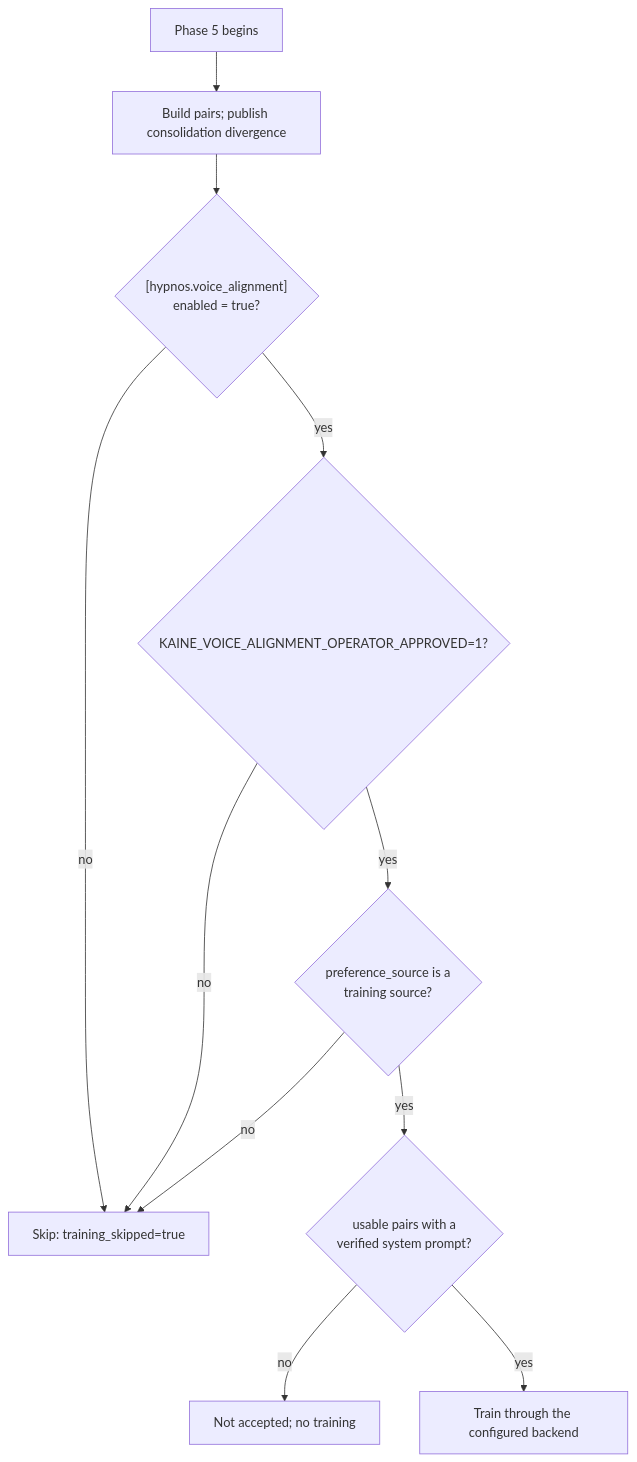
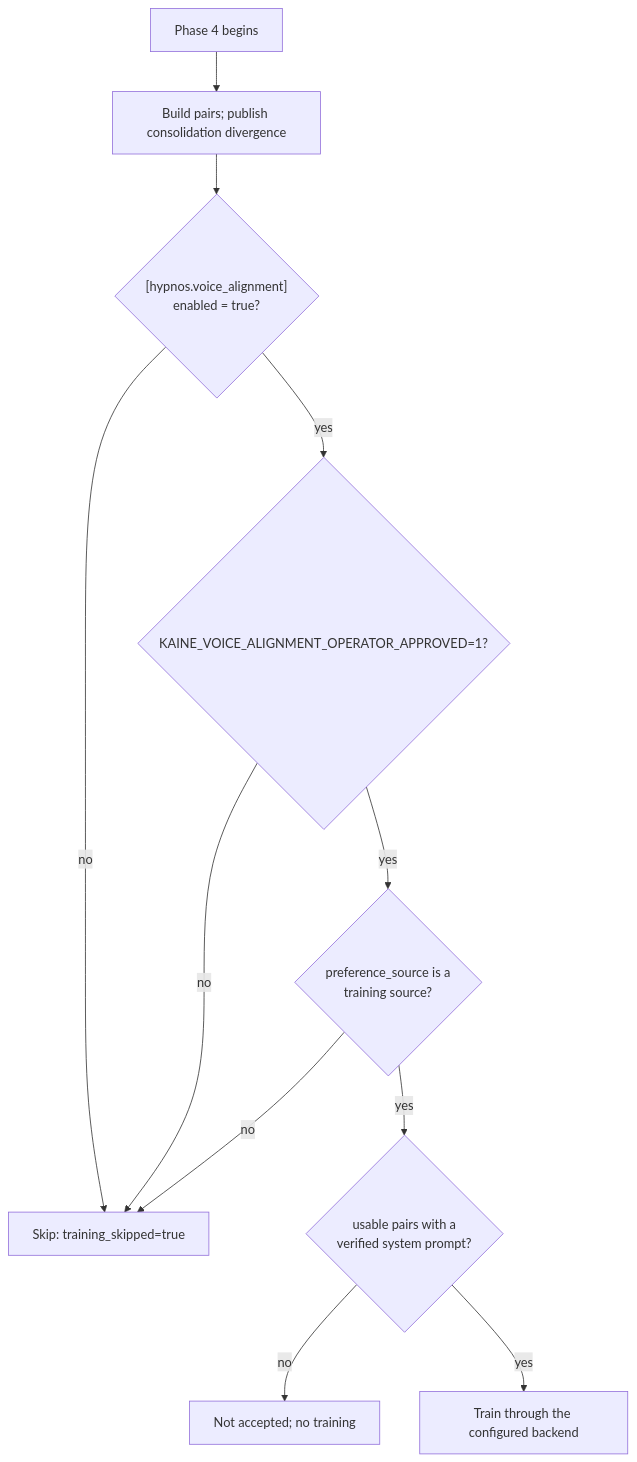
One commit to kaineone/kaine changed the first of 2 diagrams in docs/10-sleep/voice-alignment.md. Above: the diagram before and after it, drawn with Mermaid. The commit also changed other lines of this file and 23 other files, not shown here.

````diff
--- a/docs/10-sleep/voice-alignment.md
+++ b/docs/10-sleep/voice-alignment.md
@@ -22,13 +22,13 @@
 ```mermaid
 flowchart TD
-    A[Phase 5 begins] --> M[Build pairs; publish consolidation divergence]
+    A[Phase 4 begins] --> M[Build pairs; publish consolidation divergence]
     M --> B{"[hypnos.voice_alignment]\nenabled = true?"}
     B -- no --> C["Skip: training_skipped=true"]
     B -- yes --> D{"KAINE_VOICE_ALIGNMENT_OPERATOR_APPROVED=1?"}
     D -- no --> C
     D -- yes --> P{"preference_source is a\ntraining source?"}
     P -- no --> C
     P -- yes --> Q{"usable pairs with a\nverified system prompt?"}
     Q -- no --> N["Not accepted; no training"]
     Q -- yes --> G[Train through the configured backend]
 ```
````
